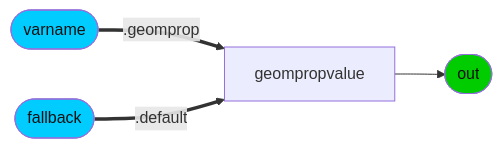
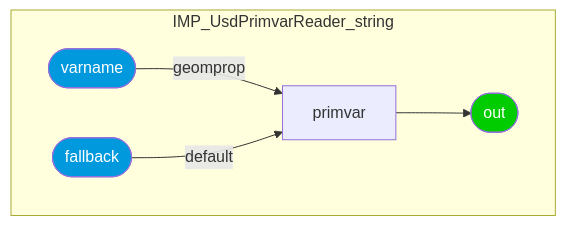
Diagram 17 of 36 in documents/definitions/bxdf_doc.md (kwokcb/MaterialX_Learn), drawn with Mermaid before and after one commit. The commit also changed other lines of this file and 1015 other files, not shown here.

````diff
--- a/documents/definitions/bxdf_doc.md
+++ b/documents/definitions/bxdf_doc.md
@@ -1867,10 +2368,15 @@
 ```mermaid
-graph LR; 
-    IMP_UsdPrimvarReader_string_primvar[geompropvalue] --> IMP_UsdPrimvarReader_string_out([out])
-    style IMP_UsdPrimvarReader_string_out fill:#0C0, color:#111
-    IMP_UsdPrimvarReader_string_varnameINT([varname]) ==.geomprop==> IMP_UsdPrimvarReader_string_primvar[geompropvalue]
-    style IMP_UsdPrimvarReader_string_varnameINT fill:#0CF, color:#111
-    IMP_UsdPrimvarReader_string_fallbackINT([fallback]) ==.default==> IMP_UsdPrimvarReader_string_primvar[geompropvalue]
-    style IMP_UsdPrimvarReader_string_fallbackINT fill:#0CF, color:#111
-
+graph TB
+    subgraph IMP_UsdPrimvarReader_string
+    IMP_UsdPrimvarReader_string_primvar[primvar]
+    style IMP_UsdPrimvarReader_string_out  fill:#0C0, color:#FFF
+    IMP_UsdPrimvarReader_string_out([out])
+    style IMP_UsdPrimvarReader_string_varname  fill:#09D, color:#FFF
+    IMP_UsdPrimvarReader_string_varname([varname])
+    style IMP_UsdPrimvarReader_string_fallback  fill:#09D, color:#FFF
+    IMP_UsdPrimvarReader_string_fallback([fallback])
+    end
+    IMP_UsdPrimvarReader_string_varname --"geomprop"--> IMP_UsdPrimvarReader_string_primvar
+    IMP_UsdPrimvarReader_string_fallback --"default"--> IMP_UsdPrimvarReader_string_primvar
+    IMP_UsdPrimvarReader_string_primvar --> IMP_UsdPrimvarReader_string_out
 ```
````
